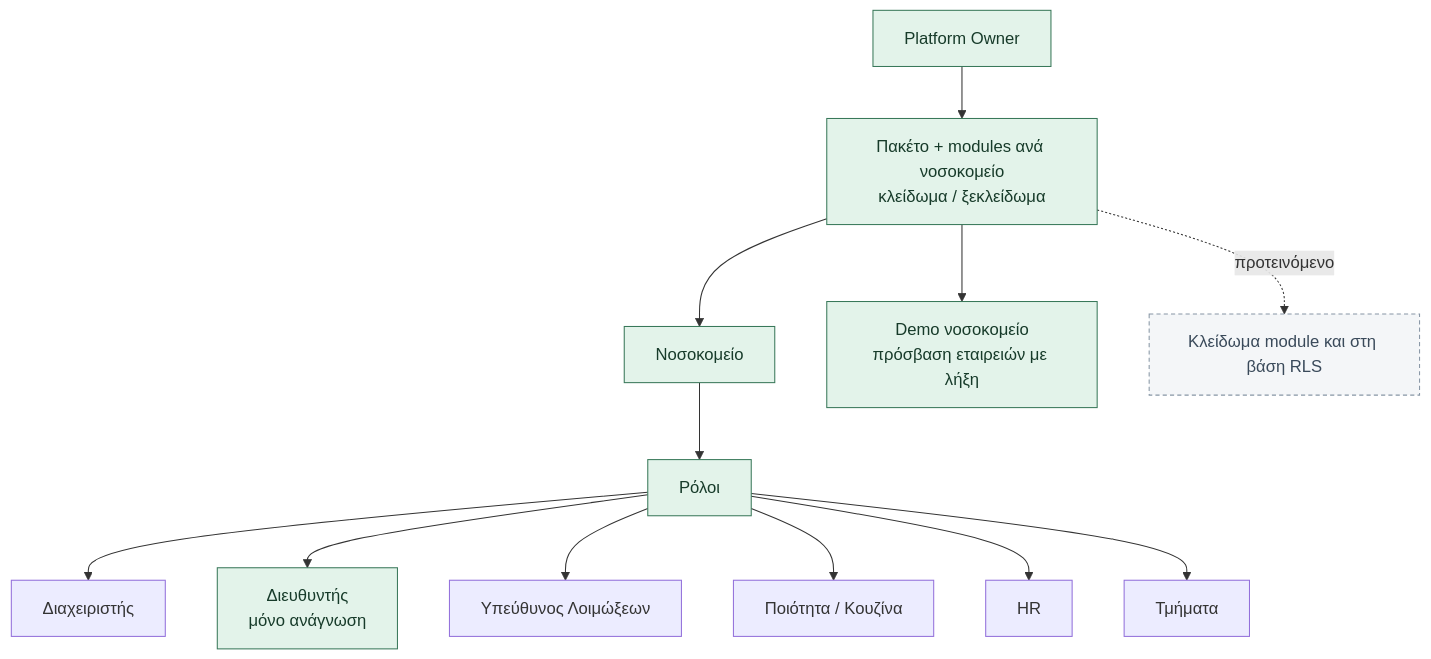
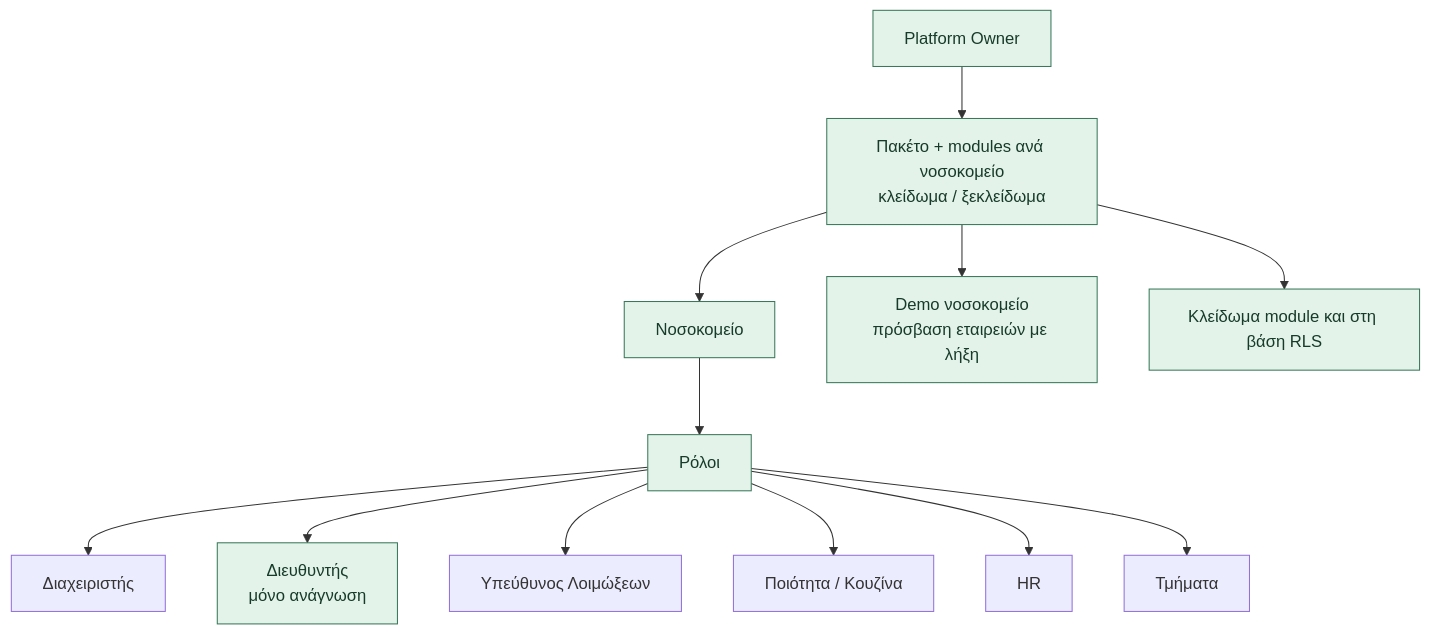
The second of 3 diagrams in docs/PLATFORM_FLOW.md (exeltos/Limoxis-Observer), drawn with Mermaid before and after one commit. The commit also changed other lines of this file, not shown here.

Commit message:
Διάγραμμα ροής: κλείδωμα modules και στη βάση υλοποιημένο
Claude-Session: https://claude.ai/code/session_01FcNrqtNkyMQbqRaw3366Lf

````diff
--- a/docs/PLATFORM_FLOW.md
+++ b/docs/PLATFORM_FLOW.md
@@ -78,11 +78,11 @@
 ```mermaid
 flowchart TB
   classDef done fill:#e3f3ea,stroke:#39785a,color:#173b2a
   classDef next fill:#f4f6f8,stroke:#8796a5,color:#3a4a5a,stroke-dasharray:4 3
   OWNER[Platform Owner]:::done --> PKG[Πακέτο + modules ανά νοσοκομείο<br/>κλείδωμα / ξεκλείδωμα]:::done
   PKG --> H1[Νοσοκομείο]:::done
   PKG --> DEMO[Demo νοσοκομείο<br/>πρόσβαση εταιρειών με λήξη]:::done
   H1 --> ROLES[Ρόλοι]:::done
   ROLES --> R1[Διαχειριστής] & R2[Διευθυντής<br/>μόνο ανάγνωση]:::done & R3[Υπεύθυνος Λοιμώξεων] & R4[Ποιότητα / Κουζίνα] & R5[HR] & R6[Τμήματα]
-  PKG -. προτεινόμενο .-> DBENF[Κλείδωμα module και στη βάση RLS]:::next
+  PKG --> DBENF[Κλείδωμα module και στη βάση RLS]:::done
 ```
````
